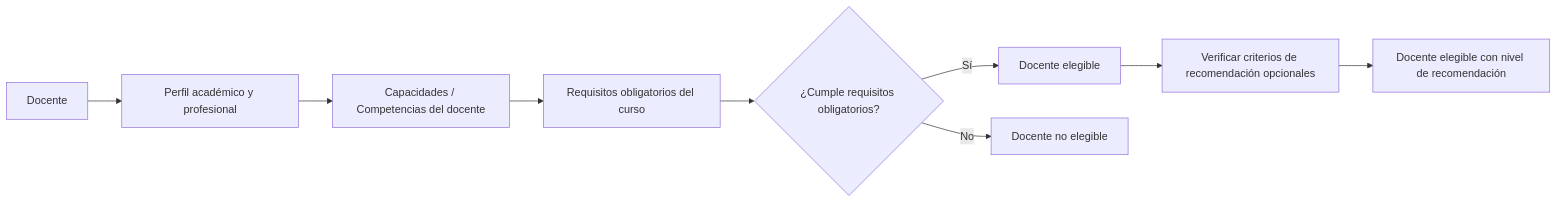
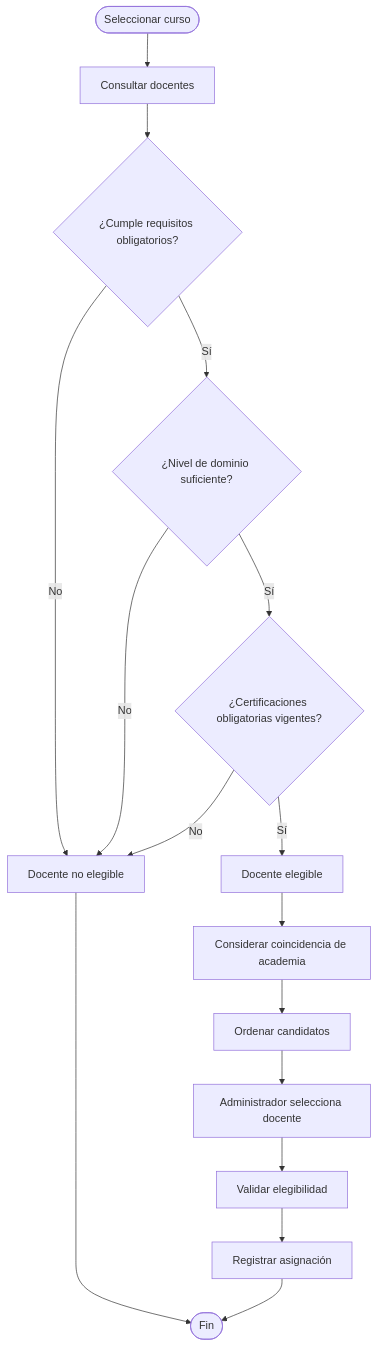
The third of 4 diagrams in levantamiento_requerimientos.md (kevin-coronado-carmona-201398/sistema-gestion-docentes), drawn with Mermaid before and after one commit. The commit also changed other lines of this file, not shown here.

````diff
--- a/levantamiento_requerimientos.md
+++ b/levantamiento_requerimientos.md
@@ -879,11 +1165,50 @@
 ```mermaid
-flowchart LR
-    D[Docente] --> P[Perfil académico y profesional]
-    P --> CAP[Capacidades / Competencias del docente]
-    CAP --> REQ[Requisitos obligatorios del curso]
-    REQ --> EVAL{¿Cumple requisitos obligatorios?}
-    EVAL -- Sí --> ELEG[Docente elegible]
-    EVAL -- No --> NOELEG[Docente no elegible]
-    ELEG --> REC[Verificar criterios de recomendación opcionales]
-    REC --> RANK[Docente elegible con nivel de recomendación]
+flowchart TD
+
+    INICIO([Seleccionar curso])
+
+    CONSULTAR[Consultar docentes]
+
+    REQ{¿Cumple requisitos obligatorios?}
+
+    DOM{¿Nivel de dominio suficiente?}
+
+    CERT{¿Certificaciones obligatorias vigentes?}
+
+    ELEGIBLE[Docente elegible]
+
+    NO[Docente no elegible]
+
+    ORDENAR[Ordenar candidatos]
+
+    ACADEMIA[Considerar coincidencia de academia]
+
+    SELECCIONAR[Administrador selecciona docente]
+
+    VALIDAR[Validar elegibilidad]
+
+    ASIGNAR[Registrar asignación]
+
+    FIN([Fin])
+
+    INICIO --> CONSULTAR
+    CONSULTAR --> REQ
+
+    REQ -- No --> NO
+    REQ -- Sí --> DOM
+
+    DOM -- No --> NO
+    DOM -- Sí --> CERT
+
+    CERT -- No --> NO
+    CERT -- Sí --> ELEGIBLE
+
+    ELEGIBLE --> ACADEMIA
+    ACADEMIA --> ORDENAR
+    ORDENAR --> SELECCIONAR
+    SELECCIONAR --> VALIDAR
+    VALIDAR --> ASIGNAR
+    ASIGNAR --> FIN
+
+    NO --> FIN
 ```
````
